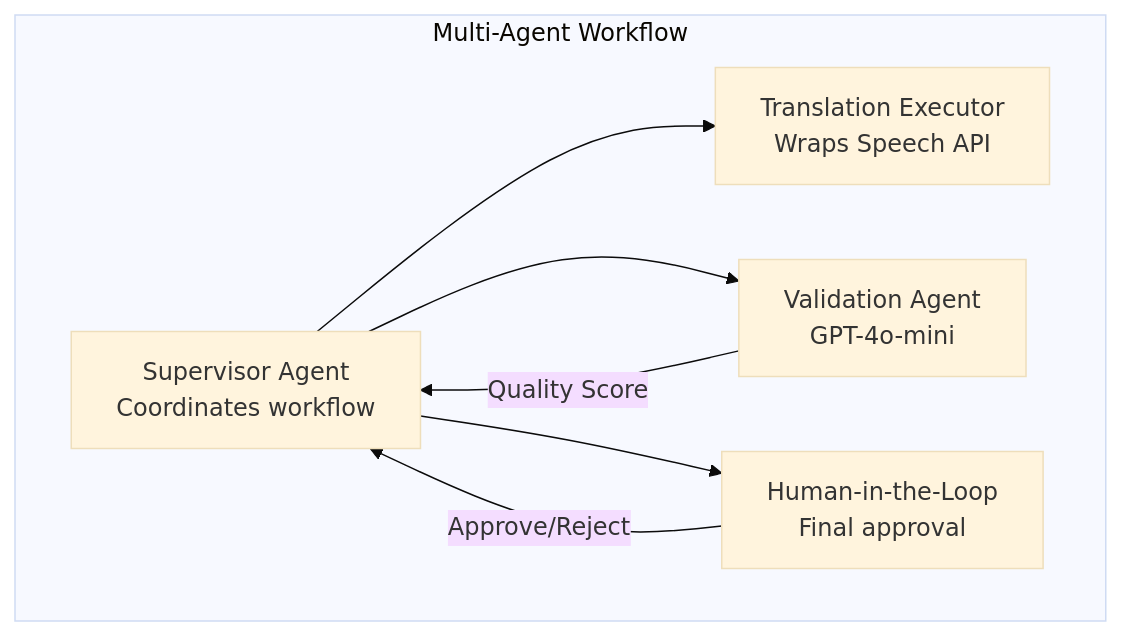
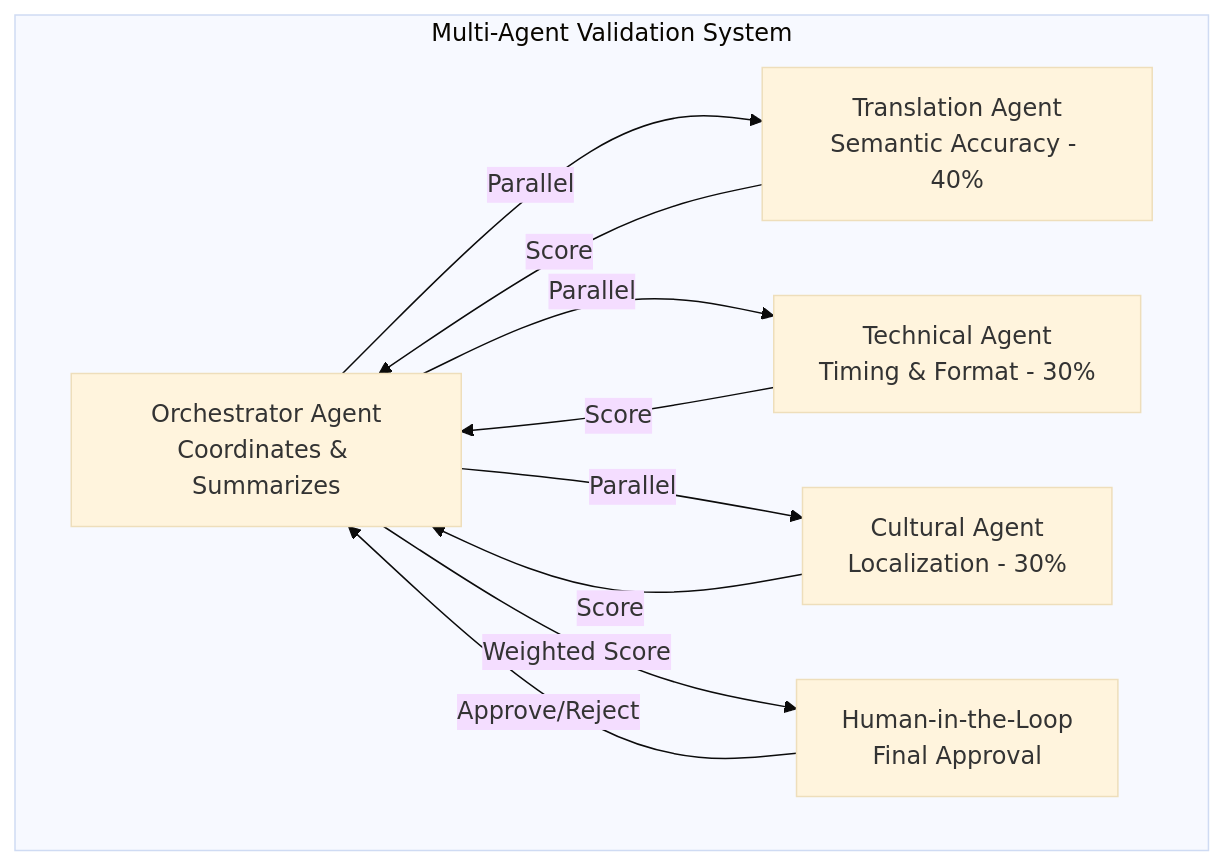
One commit to haslam93/FY26AMA-Capstone-AI-Video-Translation changed diagram 14 of 15 in docs/architecture.md. Above: the diagram before and after it, drawn with Mermaid (base theme). The commit also changed other lines of this file and 19 other files, not shown here.

````diff
--- a/docs/architecture.md
+++ b/docs/architecture.md
@@ -843,15 +911,19 @@
 ```mermaid
 graph TB
-    subgraph "Multi-Agent Workflow"
-        SUP[Supervisor Agent<br/>Coordinates workflow]
-        TRANS[Translation Executor<br/>Wraps Speech API]
-        VAL[Validation Agent<br/>GPT-4o-mini]
-        HUMAN[Human-in-the-Loop<br/>Final approval]
+    subgraph "Multi-Agent Validation System"
+        SUP[Orchestrator Agent<br/>Coordinates & Summarizes]
+        TRANS[Translation Agent<br/>Semantic Accuracy - 40%]
+        TECH[Technical Agent<br/>Timing & Format - 30%]
+        CULT[Cultural Agent<br/>Localization - 30%]
+        HUMAN[Human-in-the-Loop<br/>Final Approval]
     end
     
-    SUP --> TRANS
-    SUP --> VAL
-    SUP --> HUMAN
-    VAL -->|Quality Score| SUP
+    SUP -->|Parallel| TRANS
+    SUP -->|Parallel| TECH
+    SUP -->|Parallel| CULT
+    TRANS -->|Score| SUP
+    TECH -->|Score| SUP
+    CULT -->|Score| SUP
+    SUP -->|Weighted Score| HUMAN
     HUMAN -->|Approve/Reject| SUP
 ```
````
